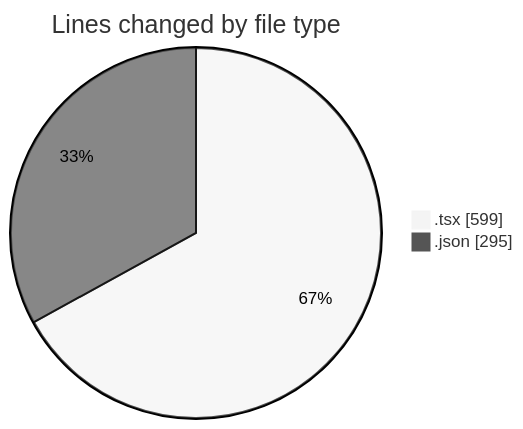
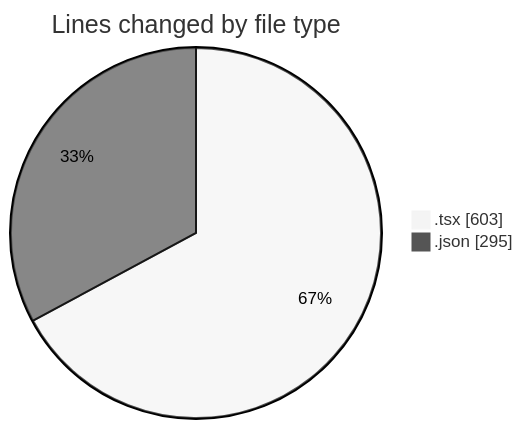
One commit to julien-gomy/code-tracking changed the first of 2 diagrams in 2025-10-11/eventscop-frontend-guide__workspace_/README.md. Above: the diagram before and after it, drawn with Mermaid (neutral theme). The commit also changed other lines of this file and 1 other file, not shown here.

````diff
--- a/2025-10-11/eventscop-frontend-guide__workspace_/README.md
+++ b/2025-10-11/eventscop-frontend-guide__workspace_/README.md
@@ -24,6 +24,6 @@
 ```mermaid
 pie showData
 title Lines changed by file type
-".tsx" : 599
+".tsx" : 603
 ".json" : 295
 ```
````
